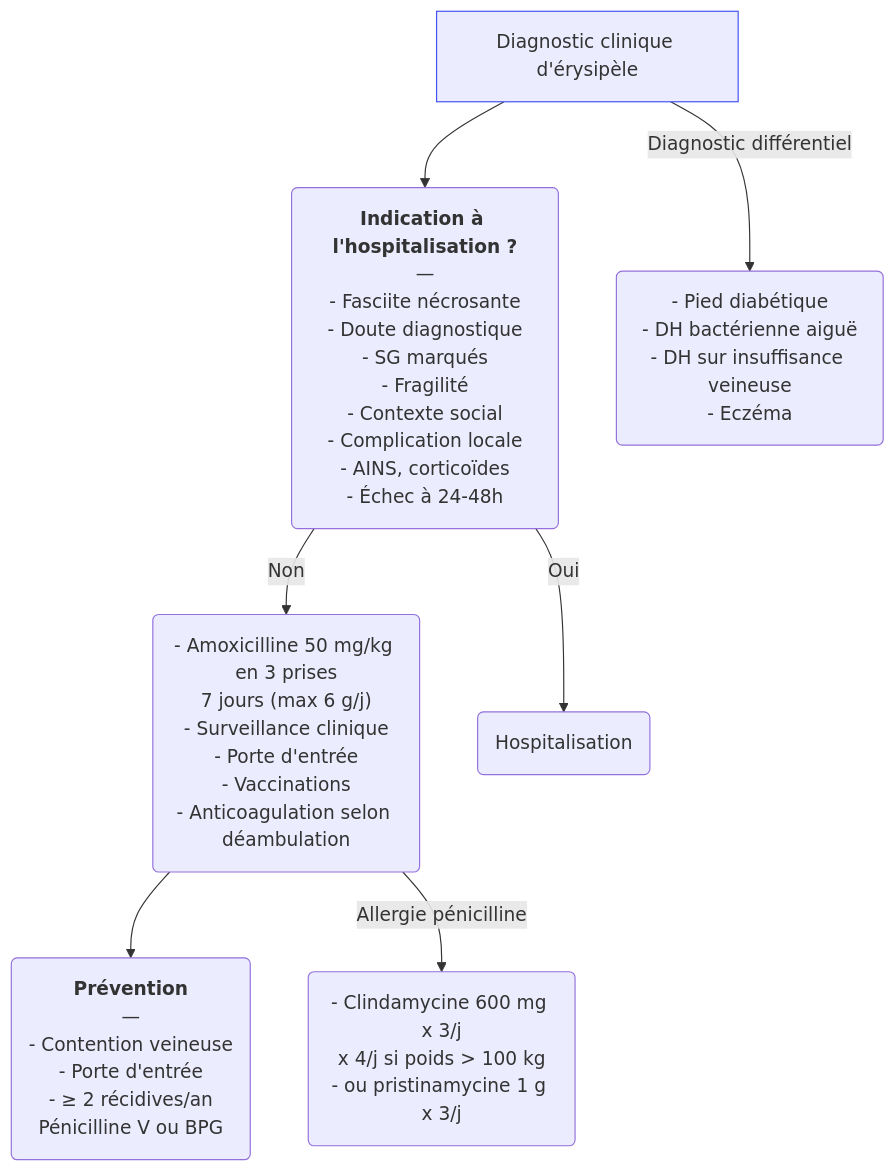
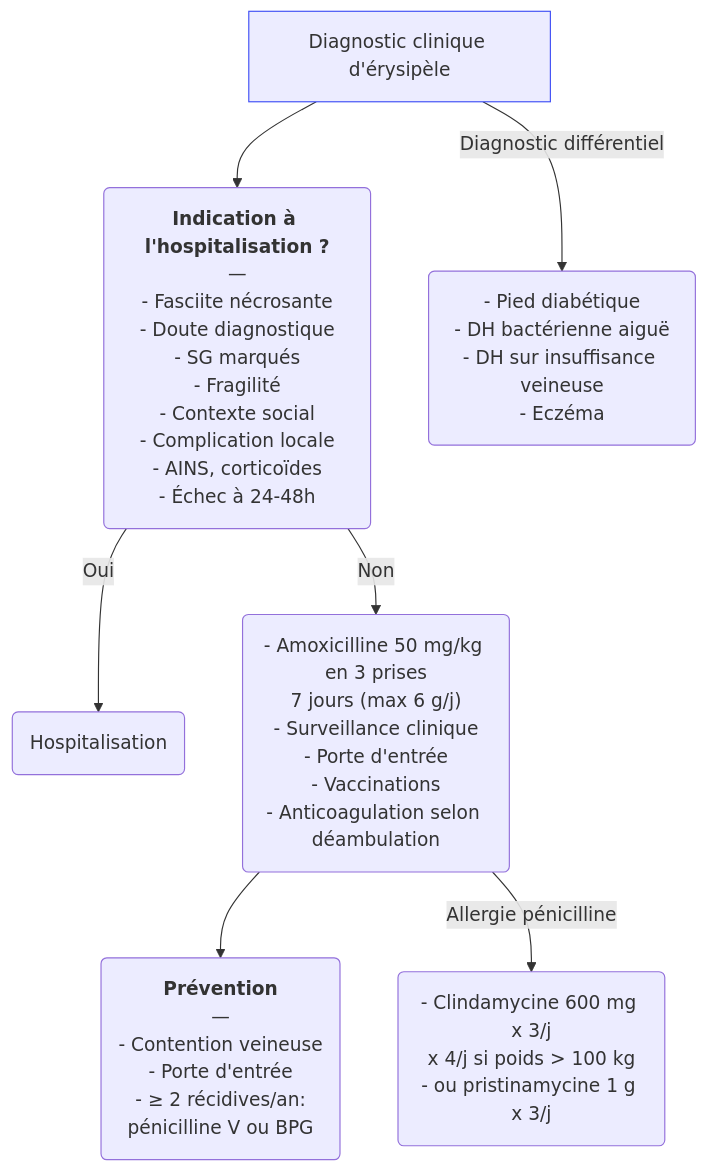
The diagram in content/recommandations/erysipele.md (djibe/recommandations-medicales), drawn with Mermaid before and after one commit. The commit also changed 5 other files, not shown here.

```diff
--- a/content/recommandations/erysipele.md
+++ b/content/recommandations/erysipele.md
@@ -231,11 +231,11 @@
 {{< mermaid title="Conduite à tenir et prise en charge d'un érysipèle. Dr JB Fron d'après HAS/SPILF 2024" >}}
 graph TB
   diagnostic[Diagnostic clinique d'érysipèle]
-    diagnostic --> indichospitalisation("<b>Indication à l'hospitalisation ?</b><br>—<br>- Fasciite nécrosante<br>- Doute diagnostique<br>- SG marqués<br>- Fragilité<br>- Contexte social<br>- Complication locale<br>- AINS, corticoïdes<br>- Échec à 24-48h")
-      indichospitalisation -- Non --> antibiotique("- Amoxicilline 50 mg/kg en 3 prises<br>7 jours (max 6 g/j)<br>- Surveillance clinique<br>- Porte d'entrée<br>- Vaccinations<br>- Anticoagulation selon déambulation")
-        antibiotique --> prevention("<b>Prévention</b><br>—<br>- Contention veineuse<br>- Porte d'entrée<br>- ≥ 2 récidives/an<br>Pénicilline V ou BPG")
+    diagnostic --> hospitalisation("<b>Indication à l'hospitalisation ?</b><br>—<br>- Fasciite nécrosante<br>- Doute diagnostique<br>- SG marqués<br>- Fragilité<br>- Contexte social<br>- Complication locale<br>- AINS, corticoïdes<br>- Échec à 24-48h")
+      hospitalisation -- Oui --> hospit(Hospitalisation)
+      hospitalisation -- Non --> antibiotique("- Amoxicilline 50 mg/kg en 3 prises<br>7 jours (max 6 g/j)<br>- Surveillance clinique<br>- Porte d'entrée<br>- Vaccinations<br>- Anticoagulation selon déambulation")
+        antibiotique --> prevention("<b>Prévention</b><br>—<br>- Contention veineuse<br>- Porte d'entrée<br>- ≥ 2 récidives/an:<br>pénicilline V ou BPG")
         antibiotique -- Allergie pénicilline --> allergie("- Clindamycine 600 mg x 3/j<br>x 4/j si poids > 100 kg<br>- ou pristinamycine 1 g x 3/j")
-      indichospitalisation -- Oui --> hospitalisation(Hospitalisation)
-    diagnostic -- Diagnostic différentiel --> differentiel("- Pied diabétique<br>- DH bactérienne aiguë<br>- DH sur insuffisance veineuse<br>- Eczéma")
+    diagnostic -- Diagnostic différentiel --> différentiel("- Pied diabétique<br>- DH bactérienne aiguë<br>- DH sur insuffisance veineuse<br>- Eczéma")
   style diagnostic stroke:#4150f5, stroke-width:1px
 {{< /mermaid >}}
```
